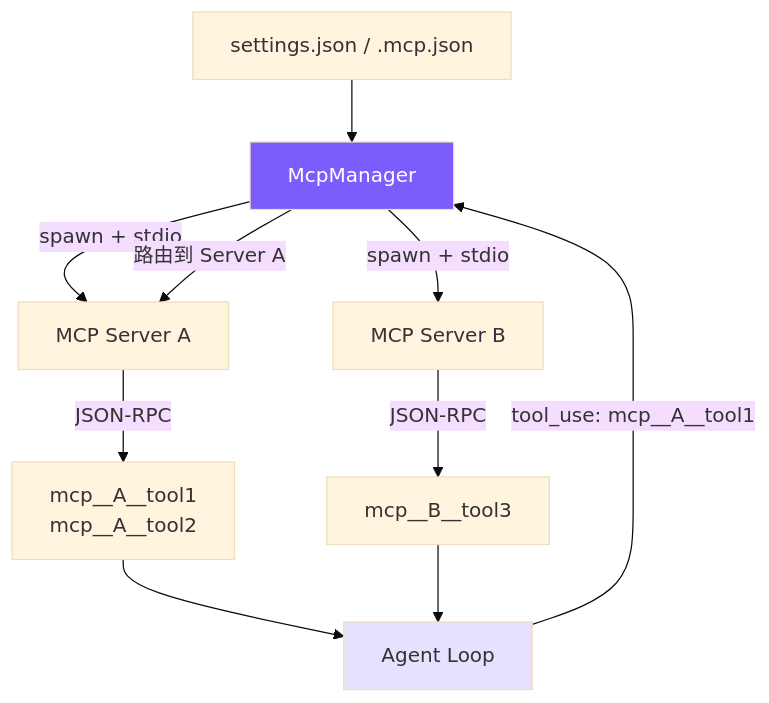
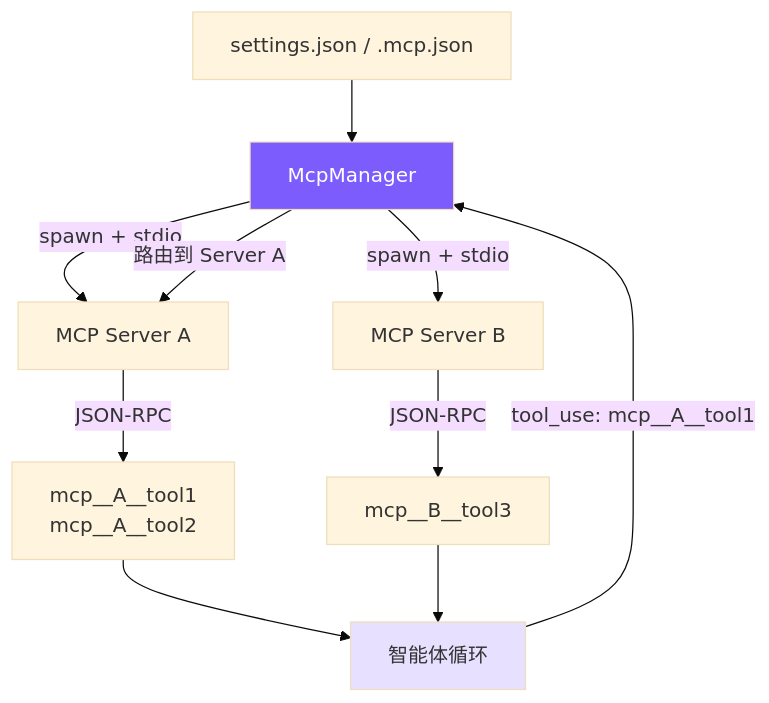
The diagram in docs/12-mcp.md (Kellin233/nano_code), drawn with Mermaid (base theme) before and after one commit. The commit also changed other lines of this file and 114 other files, not shown here.

````diff
--- a/docs/12-mcp.md
+++ b/docs/12-mcp.md
@@ -7,16 +7,16 @@
 ```mermaid
 graph TB
     Config["settings.json / .mcp.json"] --> Manager[McpManager]
     Manager -->|spawn + stdio| S1[MCP Server A]
     Manager -->|spawn + stdio| S2[MCP Server B]
     S1 -->|JSON-RPC| Tools1["mcp__A__tool1<br/>mcp__A__tool2"]
     S2 -->|JSON-RPC| Tools2["mcp__B__tool3"]
-    Tools1 --> Agent[Agent Loop]
+    Tools1 --> Agent[智能体循环]
     Tools2 --> Agent
 
     Agent -->|tool_use: mcp__A__tool1| Manager
     Manager -->|路由到 Server A| S1
 
     style Manager fill:#7c5cfc,color:#fff
     style Agent fill:#e8e0ff
 ```
````
